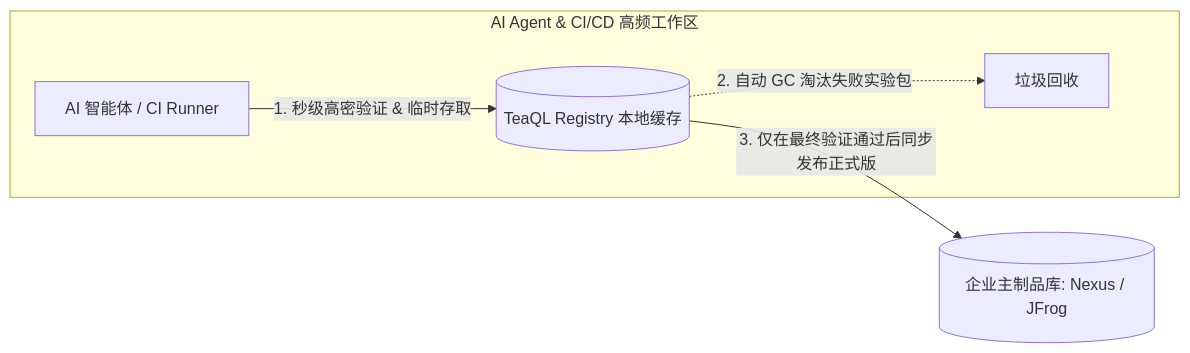
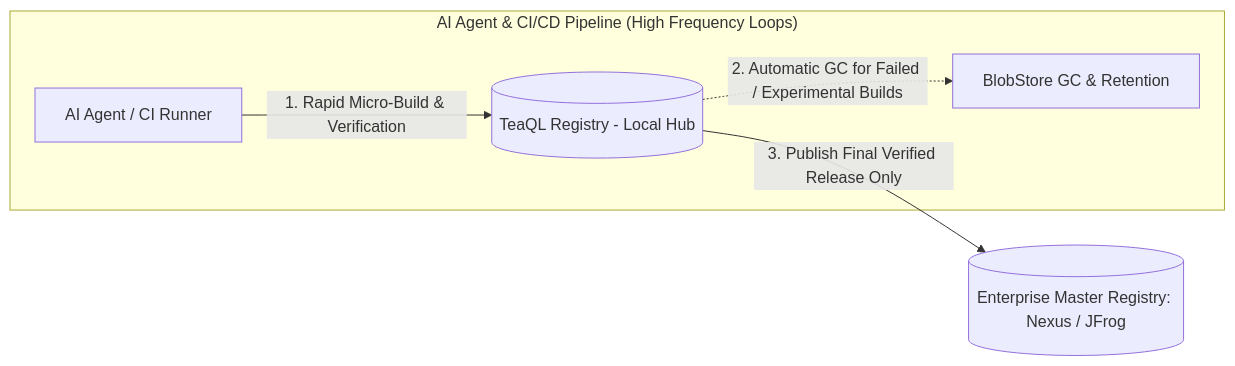
Before and after one commit to teaql/teaql-registry: the diagram in README.md, drawn with Mermaid. The commit also changed other lines of this file, not shown here.

````diff
--- a/README.md
+++ b/README.md
@@ -40,8 +13,8 @@
 ```mermaid
 graph LR
-    subgraph "AI Agent & CI/CD 高频工作区"
-        A[AI 智能体 / CI Runner] -->|1. 秒级高密验证 & 临时存取| B[(TeaQL Registry 本地缓存)]
-        B -.->|2. 自动 GC 淘汰失败实验包| D[垃圾回收]
+    subgraph "AI Agent & CI/CD Pipeline (High Frequency Loops)"
+        A[AI Agent / CI Runner] -->|1. Rapid Micro-Build & Verification| B[(TeaQL Registry - Local Hub)]
+        B -.->|2. Automatic GC for Failed / Experimental Builds| D[BlobStore GC & Retention]
     end
-    B -->|3. 仅在最终验证通过后同步发布正式版| C[(企业主制品库: Nexus / JFrog)]
+    B -->|3. Publish Final Verified Release Only| C[(Enterprise Master Registry: Nexus / JFrog)]
 ```
````
